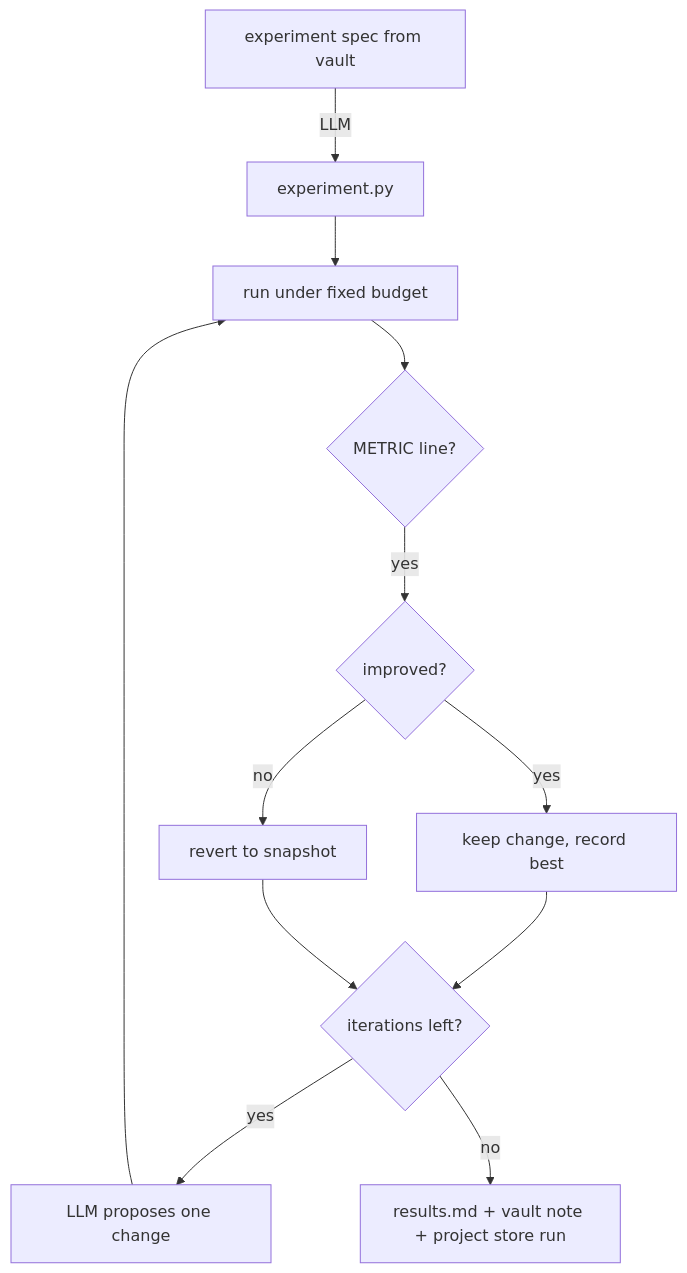
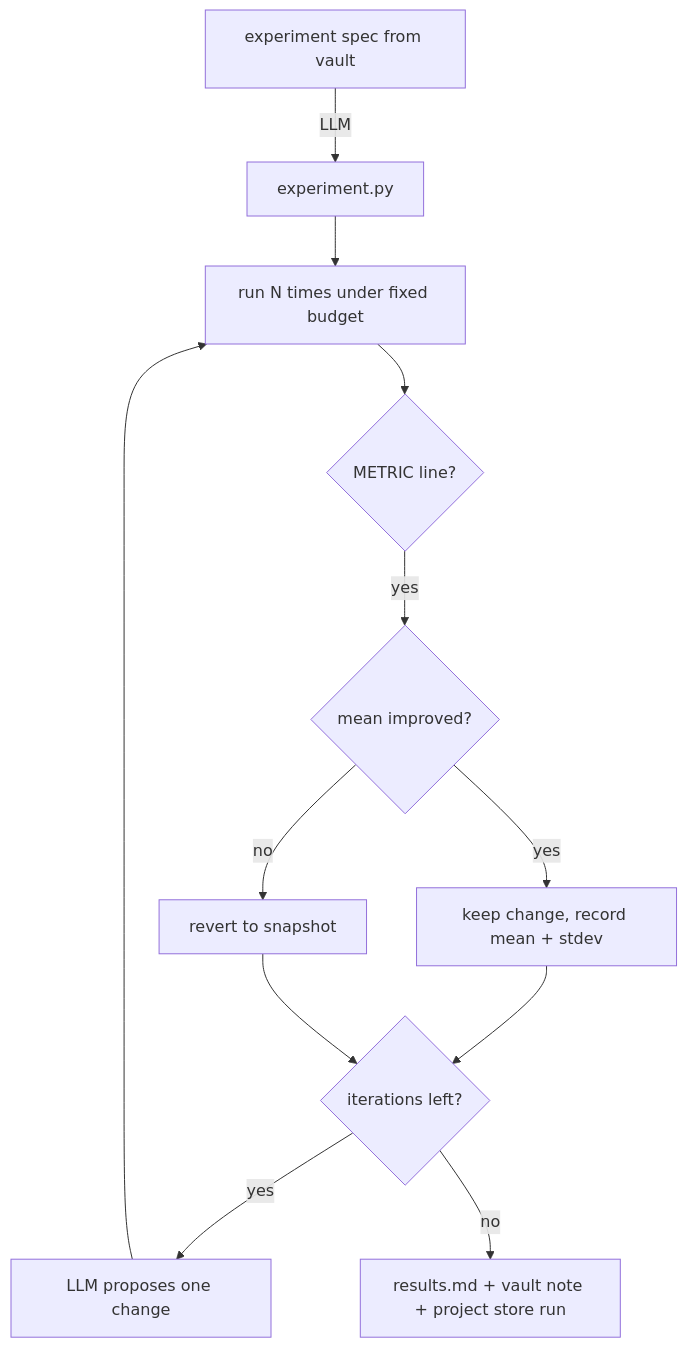
Before and after one commit to harishgovardhandamodar/AI-Research-Workbench: the ninth of 10 diagrams in docs/KNOWLEDGE-GRAPHS.md, drawn with Mermaid. The commit also changed other lines of this file and 1 other file, not shown here.

````diff
--- a/docs/KNOWLEDGE-GRAPHS.md
+++ b/docs/KNOWLEDGE-GRAPHS.md
@@ -302,14 +325,14 @@
 ```mermaid
 flowchart TD
     SPEC[experiment spec from vault] -->|LLM| CODE[experiment.py]
-    CODE --> RUN[run under fixed budget]
+    CODE --> RUN[run N times under fixed budget]
     RUN --> METRIC{METRIC line?}
-    METRIC -- yes --> IMP{improved?}
-    IMP -- yes --> KEEP[keep change, record best]
+    METRIC -- yes --> IMP{mean improved?}
+    IMP -- yes --> KEEP[keep change, record mean + stdev]
     IMP -- no --> REV[revert to snapshot]
     KEEP --> ITER{iterations left?}
     REV --> ITER
     ITER -- yes --> PROPOSE[LLM proposes one change]
     PROPOSE --> RUN
     ITER -- no --> OUT[results.md + vault note + project store run]
 ```
````
